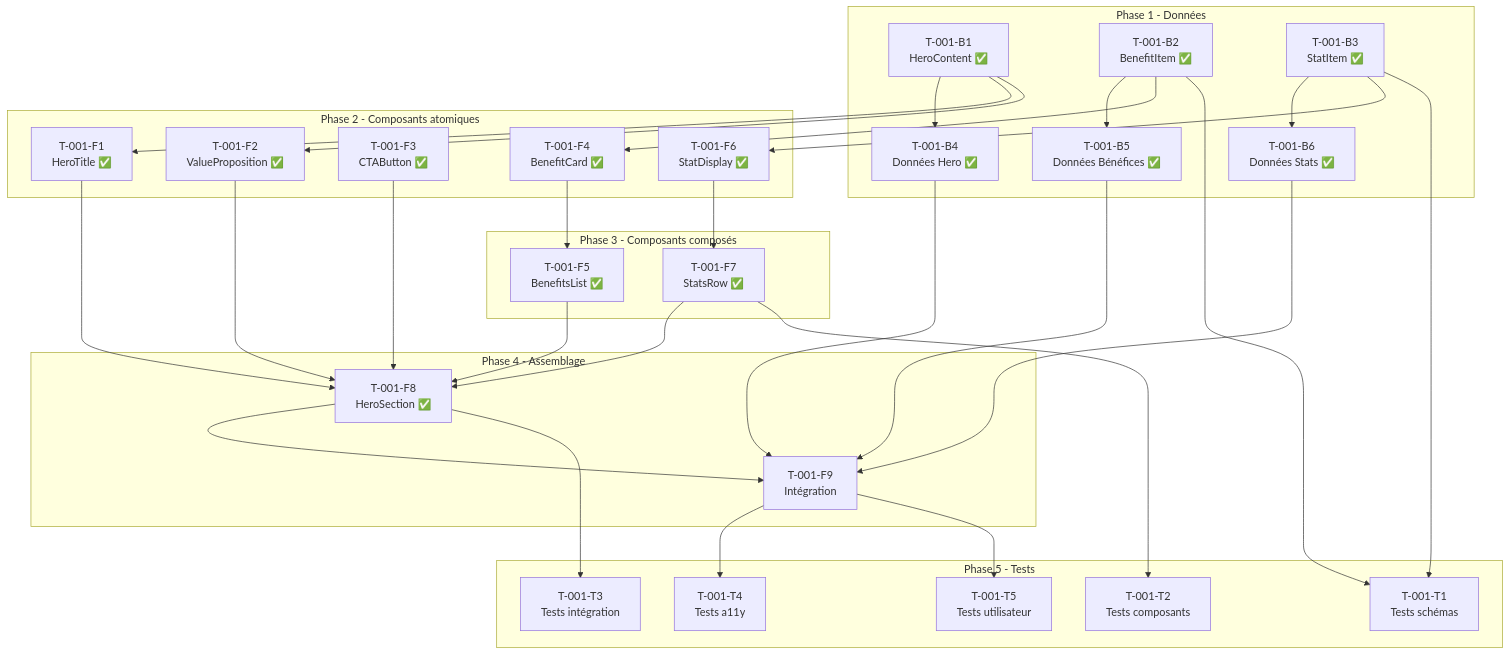
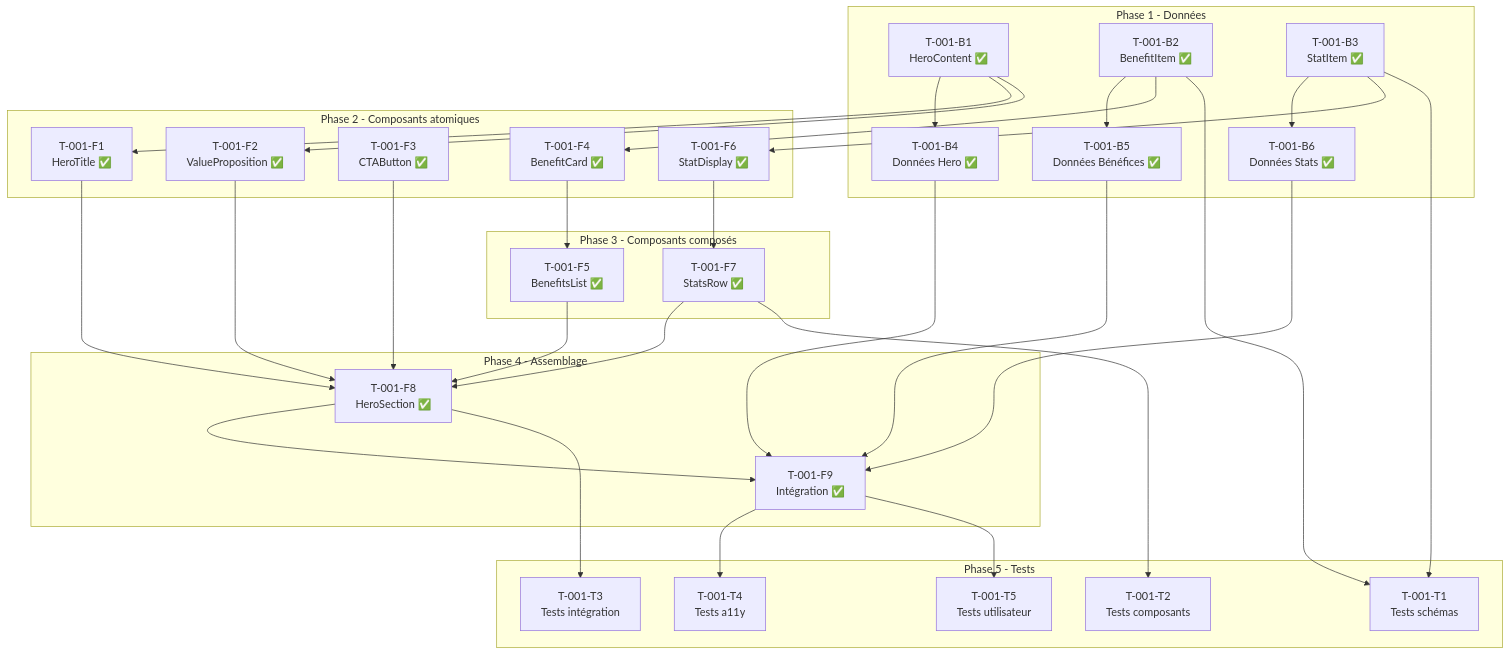
Before and after one commit to everssteeve/AIADwebsite: the diagram in docs/specs/US-001/spec.md, drawn with Mermaid. The commit also changed other lines of this file and 15 other files, not shown here.

````diff
--- a/docs/specs/US-001/spec.md
+++ b/docs/specs/US-001/spec.md
@@ -105,66 +105,66 @@
 ```mermaid
 graph TD
     subgraph "Phase 1 - Données"
         B1[T-001-B1<br/>HeroContent ✅]
         B2[T-001-B2<br/>BenefitItem ✅]
         B3[T-001-B3<br/>StatItem ✅]
         B4[T-001-B4<br/>Données Hero ✅]
         B5[T-001-B5<br/>Données Bénéfices ✅]
         B6[T-001-B6<br/>Données Stats ✅]
     end
 
     subgraph "Phase 2 - Composants atomiques"
         F1[T-001-F1<br/>HeroTitle ✅]
         F2[T-001-F2<br/>ValueProposition ✅]
         F3[T-001-F3<br/>CTAButton ✅]
         F4[T-001-F4<br/>BenefitCard ✅]
         F6[T-001-F6<br/>StatDisplay ✅]
     end
 
     subgraph "Phase 3 - Composants composés"
         F5[T-001-F5<br/>BenefitsList ✅]
         F7[T-001-F7<br/>StatsRow ✅]
     end
 
     subgraph "Phase 4 - Assemblage"
         F8[T-001-F8<br/>HeroSection ✅]
-        F9[T-001-F9<br/>Intégration]
+        F9[T-001-F9<br/>Intégration ✅]
     end
 
     subgraph "Phase 5 - Tests"
         T1[T-001-T1<br/>Tests schémas]
         T2[T-001-T2<br/>Tests composants]
         T3[T-001-T3<br/>Tests intégration]
         T4[T-001-T4<br/>Tests a11y]
         T5[T-001-T5<br/>Tests utilisateur]
     end
 
     B1 --> B4
     B1 --> F1
     B1 --> F2
     B2 --> B5
     B2 --> F4
     B3 --> B6
     B3 --> F6
 
     F4 --> F5
     F6 --> F7
 
     F1 --> F8
     F2 --> F8
     F3 --> F8
     F5 --> F8
     F7 --> F8
 
     F8 --> F9
     B4 --> F9
     B5 --> F9
     B6 --> F9
 
     B2 --> T1
     B3 --> T1
     F7 --> T2
     F8 --> T3
     F9 --> T4
     F9 --> T5
 ```
````
